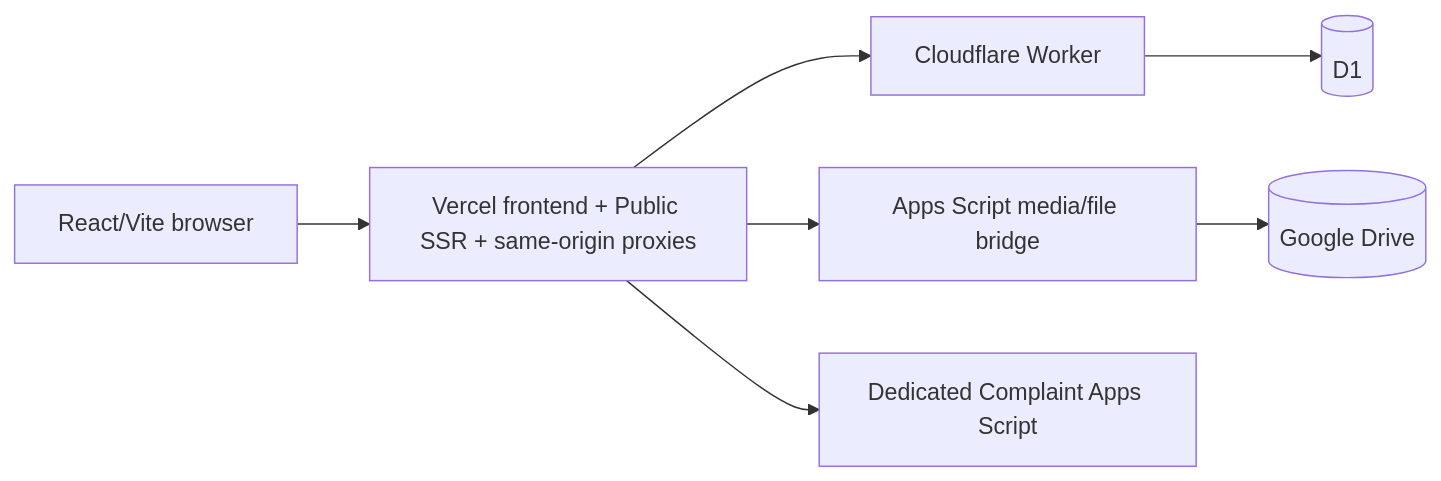
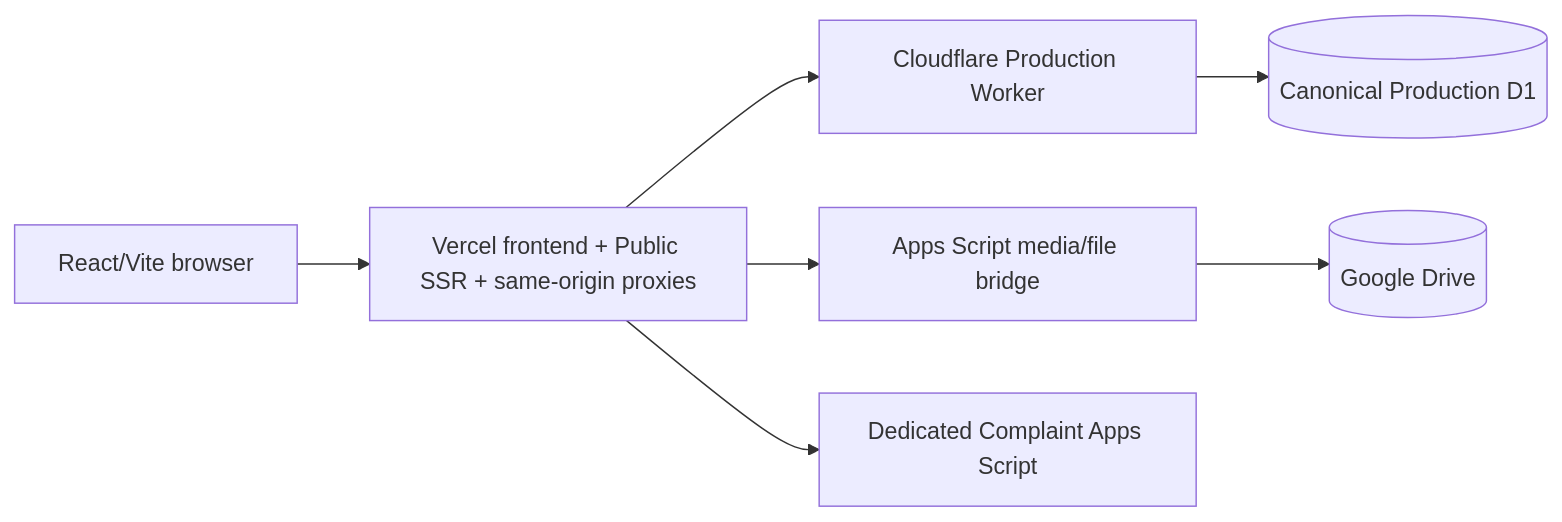
One commit to yiwssx/new-www.rcat.ac.th changed the diagram in docs/architecture/current-runtime-ownership.md. Above: the diagram before and after it, drawn with Mermaid. The commit also changed other lines of this file, not shown here.

Commit message:
docs(p5x): make production-only Cloudflare model canonical

````diff
--- a/docs/architecture/current-runtime-ownership.md
+++ b/docs/architecture/current-runtime-ownership.md
@@ -9,17 +9,17 @@
 ```mermaid
 flowchart LR
   Browser[React/Vite browser]
   Vercel[Vercel frontend + Public SSR + same-origin proxies]
-  Worker[Cloudflare Worker]
-  D1[(D1)]
+  Worker[Cloudflare Production Worker]
+  D1[(Canonical Production D1)]
   MediaApps[Apps Script media/file bridge]
   ComplaintApps[Dedicated Complaint Apps Script]
   Drive[(Google Drive)]
 
   Browser --> Vercel
   Vercel --> Worker
   Worker --> D1
   Vercel --> MediaApps
   MediaApps --> Drive
   Vercel --> ComplaintApps
 ```
````
